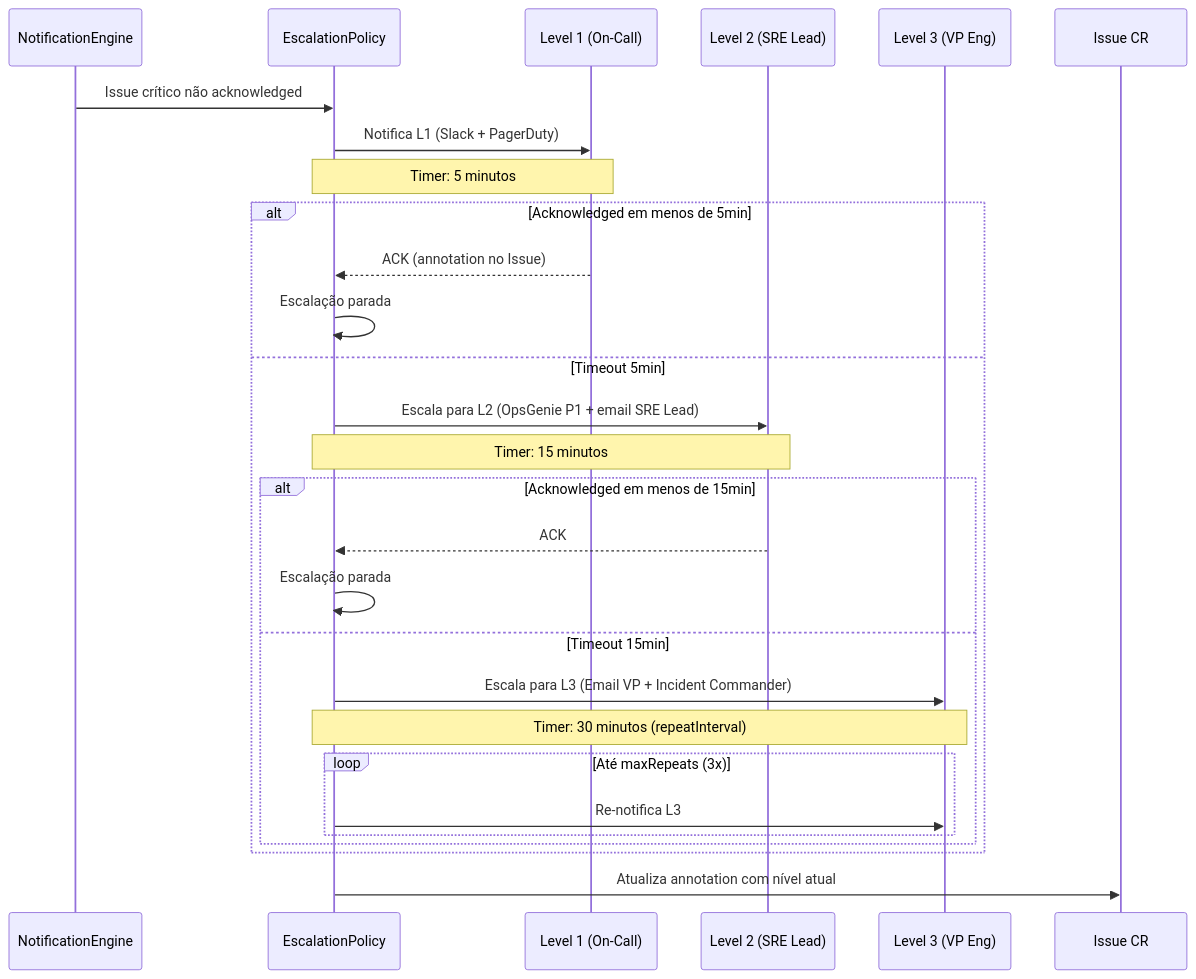
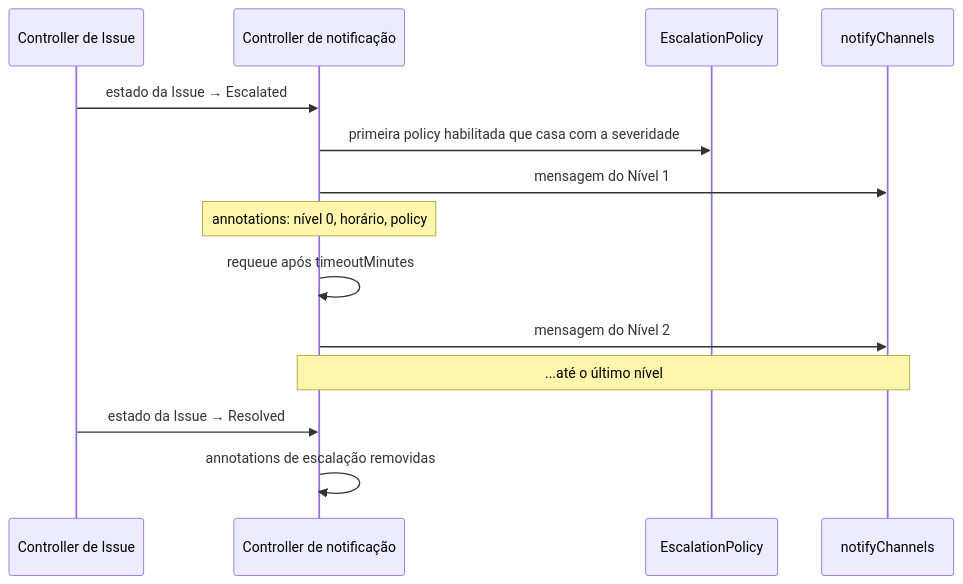
Before and after one commit to diillson/chatcli.ai: the second of 2 diagrams in pt/features/aiops/notifications.mdx, drawn with Mermaid. The commit also changed other lines of this file and 126 other files, not shown here.

````diff
--- a/pt/features/aiops/notifications.mdx
+++ b/pt/features/aiops/notifications.mdx
@@ -635,35 +627,17 @@
 ```mermaid
 sequenceDiagram
-    participant NE as NotificationEngine
+    participant IC as Controller de Issue
+    participant NC as Controller de notificação
     participant EP as EscalationPolicy
-    participant L1 as Level 1 (On-Call)
-    participant L2 as Level 2 (SRE Lead)
-    participant L3 as Level 3 (VP Eng)
-    participant ISS as Issue CR
+    participant CH as notifyChannels
 
-    NE->>EP: Issue crítico não acknowledged
-    EP->>L1: Notifica L1 (Slack + PagerDuty)
-    Note over EP,L1: Timer: 5 minutos
-
-    alt Acknowledged em menos de 5min
-        L1-->>EP: ACK (annotation no Issue)
-        EP->>EP: Escalação parada
-    else Timeout 5min
-        EP->>L2: Escala para L2 (OpsGenie P1 + email SRE Lead)
-        Note over EP,L2: Timer: 15 minutos
-
-        alt Acknowledged em menos de 15min
-            L2-->>EP: ACK
-            EP->>EP: Escalação parada
-        else Timeout 15min
-            EP->>L3: Escala para L3 (Email VP + Incident Commander)
-            Note over EP,L3: Timer: 30 minutos (repeatInterval)
-
-            loop Até maxRepeats (3x)
-                EP->>L3: Re-notifica L3
-            end
-        end
-    end
-
-    EP->>ISS: Atualiza annotation com nível atual
+    IC->>NC: estado da Issue → Escalated
+    NC->>EP: primeira policy habilitada que casa com a severidade
+    NC->>CH: mensagem do Nível 1
+    Note over NC: annotations: nível 0, horário, policy
+    NC->>NC: requeue após timeoutMinutes
+    NC->>CH: mensagem do Nível 2
+    Note over NC,CH: ...até o último nível
+    IC->>NC: estado da Issue → Resolved
+    NC->>NC: annotations de escalação removidas
 ```
````
